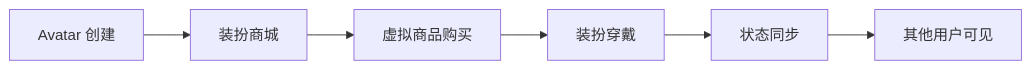
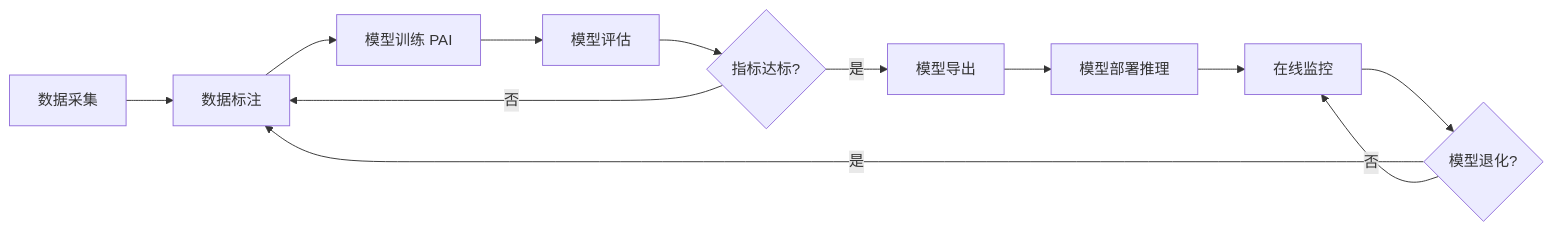
Before and after one commit to kudig-io/kudig-database: the seventh of 8 diagrams in topic-application-architecture/54-social-gaming-metaverse.md, drawn with Mermaid. The commit also changed other lines of this file and 8633 other files, not shown here.

````diff
--- a/topic-application-architecture/54-social-gaming-metaverse.md
+++ b/topic-application-architecture/54-social-gaming-metaverse.md
@@ -160,8 +685,14 @@
 ```mermaid
 flowchart LR
-    A[Avatar 创建] --> B[装扮商城]
-    B --> C[虚拟商品购买]
-    C --> D[装扮穿戴]
-    D --> E[状态同步]
-    E --> F[其他用户可见]
+    A[数据采集] --> B[数据标注]
+    B --> C[模型训练 PAI]
+    C --> D[模型评估]
+    D --> E{指标达标?}
+    E -->|是| F[模型导出]
+    E -->|否| B
+    F --> G[模型部署推理]
+    G --> H[在线监控]
+    H --> I{模型退化?}
+    I -->|是| B
+    I -->|否| H
 ```
````
